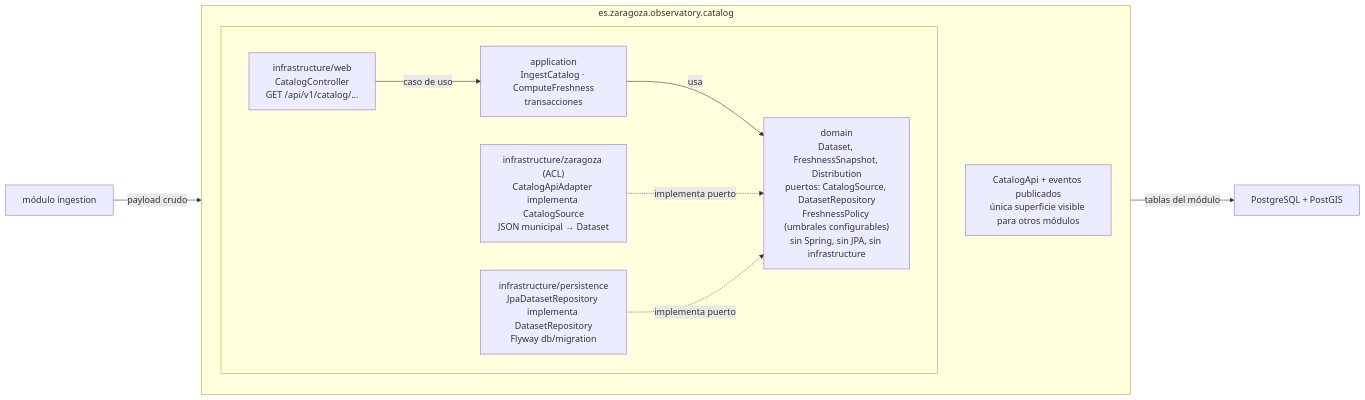
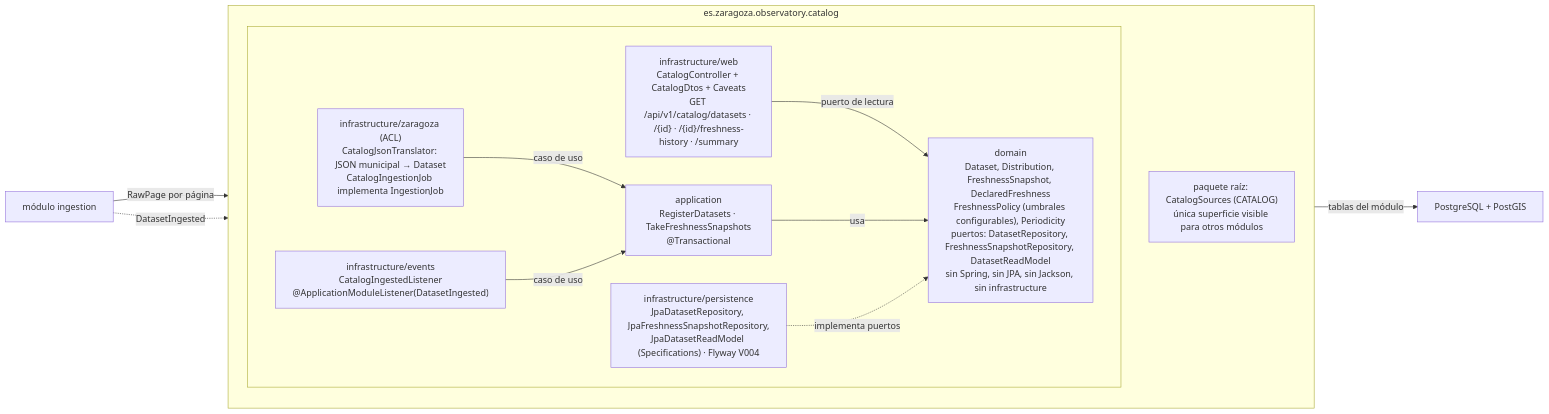
The third of 3 diagrams in docs/arquitectura.md (MarioNaya/zaragoza-observatorio), drawn with Mermaid before and after one commit. The commit also changed other lines of this file and 7 other files, not shown here.

````diff
--- a/docs/arquitectura.md
+++ b/docs/arquitectura.md
@@ -99,20 +99,23 @@
 ```mermaid
 flowchart LR
   subgraph MOD["es.zaragoza.observatory.catalog"]
     direction TB
-    APIP["CatalogApi + eventos publicados<br/>única superficie visible para otros módulos"]
+    APIP["paquete raíz: CatalogSources (CATALOG)<br/>única superficie visible para otros módulos"]
     subgraph HEX[" "]
       direction LR
-      WEB["infrastructure/web<br/>CatalogController<br/>GET /api/v1/catalog/…"]
-      APP["application<br/>IngestCatalog · ComputeFreshness<br/>transacciones"]
-      DOMN["domain<br/>Dataset, FreshnessSnapshot, Distribution<br/>puertos: CatalogSource, DatasetRepository<br/>FreshnessPolicy (umbrales configurables)<br/>sin Spring, sin JPA, sin infrastructure"]
-      ZGZ["infrastructure/zaragoza (ACL)<br/>CatalogApiAdapter implementa CatalogSource<br/>JSON municipal → Dataset"]
-      PER["infrastructure/persistence<br/>JpaDatasetRepository implementa DatasetRepository<br/>Flyway db/migration"]
-      WEB -- "caso de uso" --> APP -- "usa" --> DOMN
-      ZGZ -. "implementa puerto" .-> DOMN
-      PER -. "implementa puerto" .-> DOMN
+      WEB["infrastructure/web<br/>CatalogController + CatalogDtos + Caveats<br/>GET /api/v1/catalog/datasets · /{id} · /{id}/freshness-history · /summary"]
+      APP["application<br/>RegisterDatasets · TakeFreshnessSnapshots<br/>@Transactional"]
+      DOMN["domain<br/>Dataset, Distribution, FreshnessSnapshot, DeclaredFreshness<br/>FreshnessPolicy (umbrales configurables), Periodicity<br/>puertos: DatasetRepository, FreshnessSnapshotRepository, DatasetReadModel<br/>sin Spring, sin JPA, sin Jackson, sin infrastructure"]
+      ZGZ["infrastructure/zaragoza (ACL)<br/>CatalogJsonTranslator: JSON municipal → Dataset<br/>CatalogIngestionJob implementa IngestionJob"]
+      EVT["infrastructure/events<br/>CatalogIngestedListener<br/>@ApplicationModuleListener(DatasetIngested)"]
+      PER["infrastructure/persistence<br/>JpaDatasetRepository, JpaFreshnessSnapshotRepository,<br/>JpaDatasetReadModel (Specifications) · Flyway V004"]
+      WEB -- "puerto de lectura" --> DOMN
+      ZGZ -- "caso de uso" --> APP
+      EVT -- "caso de uso" --> APP -- "usa" --> DOMN
+      PER -. "implementa puertos" .-> DOMN
     end
   end
-  INGX["módulo ingestion"] -- "payload crudo" --> ZGZ
+  INGX["módulo ingestion"] -- "RawPage por página" --> ZGZ
+  INGX -. "DatasetIngested" .-> EVT
   PER -- "tablas del módulo" --> PG["PostgreSQL + PostGIS"]
 ```
````
